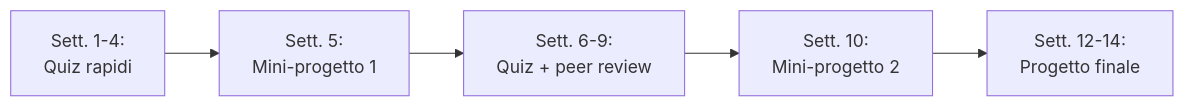
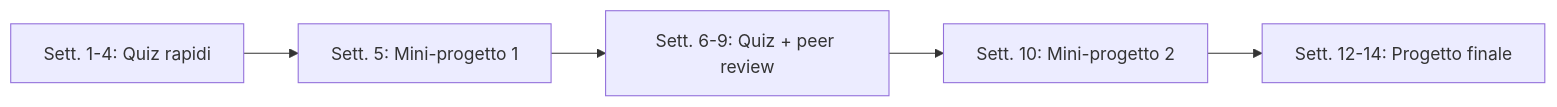
Before and after one commit to AndreyBertasini/gynnitech: the diagram in src/content/blog/innovazione-ateneo.mdx, drawn with Mermaid. The commit also changed 11 other files, not shown here.

First line of the commit message:
fix(blog): fix mermaid syntax errors for v11.12.2 compatibility

````diff
--- a/src/content/blog/innovazione-ateneo.mdx
+++ b/src/content/blog/innovazione-ateneo.mdx
@@ -60,7 +60,7 @@
 ```mermaid
 graph LR
-    A["Sett. 1-4:<br>Quiz rapidi"] --> B["Sett. 5:<br>Mini-progetto 1"]
-    B --> C["Sett. 6-9:<br>Quiz + peer review"]
-    C --> D["Sett. 10:<br>Mini-progetto 2"]
-    D --> E["Sett. 12-14:<br>Progetto finale"]
+    A["Sett. 1-4: Quiz rapidi"] --> B["Sett. 5: Mini-progetto 1"]
+    B --> C["Sett. 6-9: Quiz + peer review"]
+    C --> D["Sett. 10: Mini-progetto 2"]
+    D --> E["Sett. 12-14: Progetto finale"]
 ```
````
